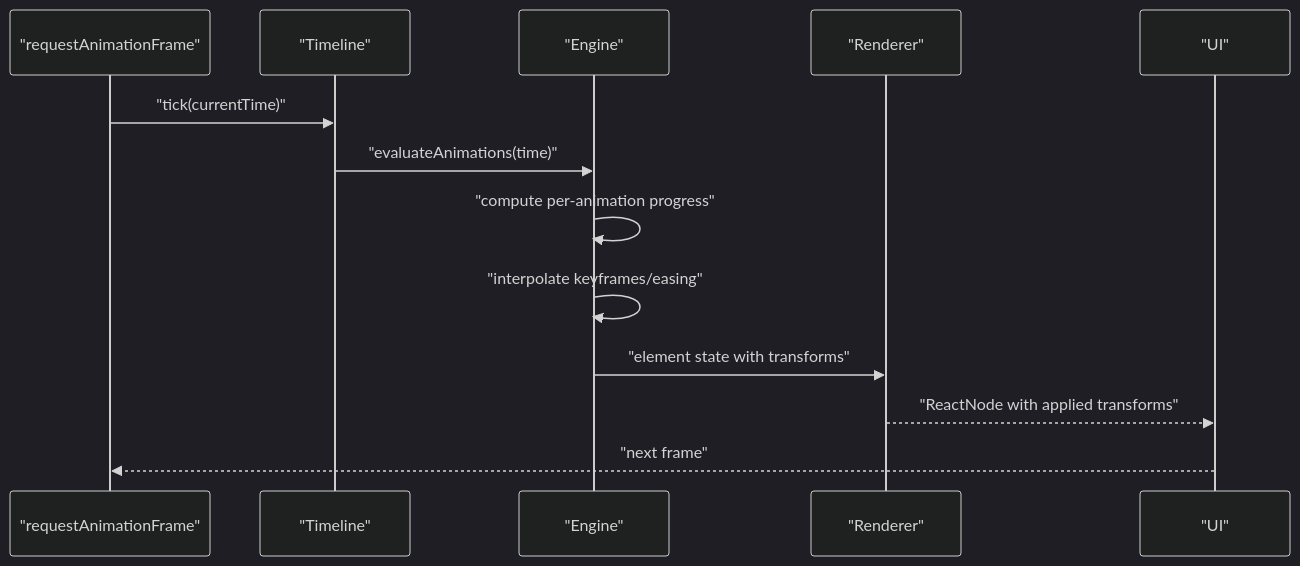
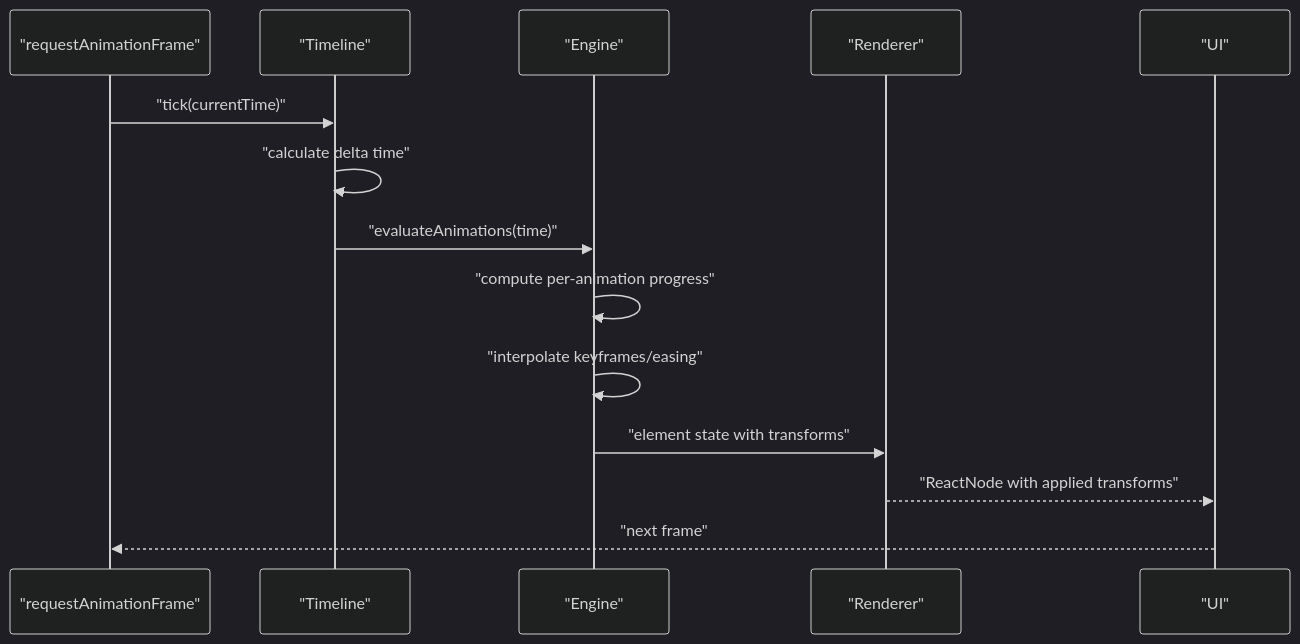
Before and after one commit to Anna0314zy/ai_editor_enginer: the second of 9 diagrams in .qoder/repowiki/en/content/Animation System/Animation System.md, drawn with Mermaid (dark theme). The commit also changed other lines of this file and 41 other files, not shown here.

````diff
--- a/.qoder/repowiki/en/content/Animation System/Animation System.md
+++ b/.qoder/repowiki/en/content/Animation System/Animation System.md
@@ -108,15 +134,16 @@
 ```mermaid
 sequenceDiagram
 participant RAF as "requestAnimationFrame"
 participant TL as "Timeline"
 participant ENG as "Engine"
 participant REN as "Renderer"
 participant UI as "UI"
 RAF->>TL : "tick(currentTime)"
+TL->>TL : "calculate delta time"
 TL->>ENG : "evaluateAnimations(time)"
 ENG->>ENG : "compute per-animation progress"
 ENG->>ENG : "interpolate keyframes/easing"
 ENG->>REN : "element state with transforms"
 REN-->>UI : "ReactNode with applied transforms"
 UI-->>RAF : "next frame"
 ```
````
